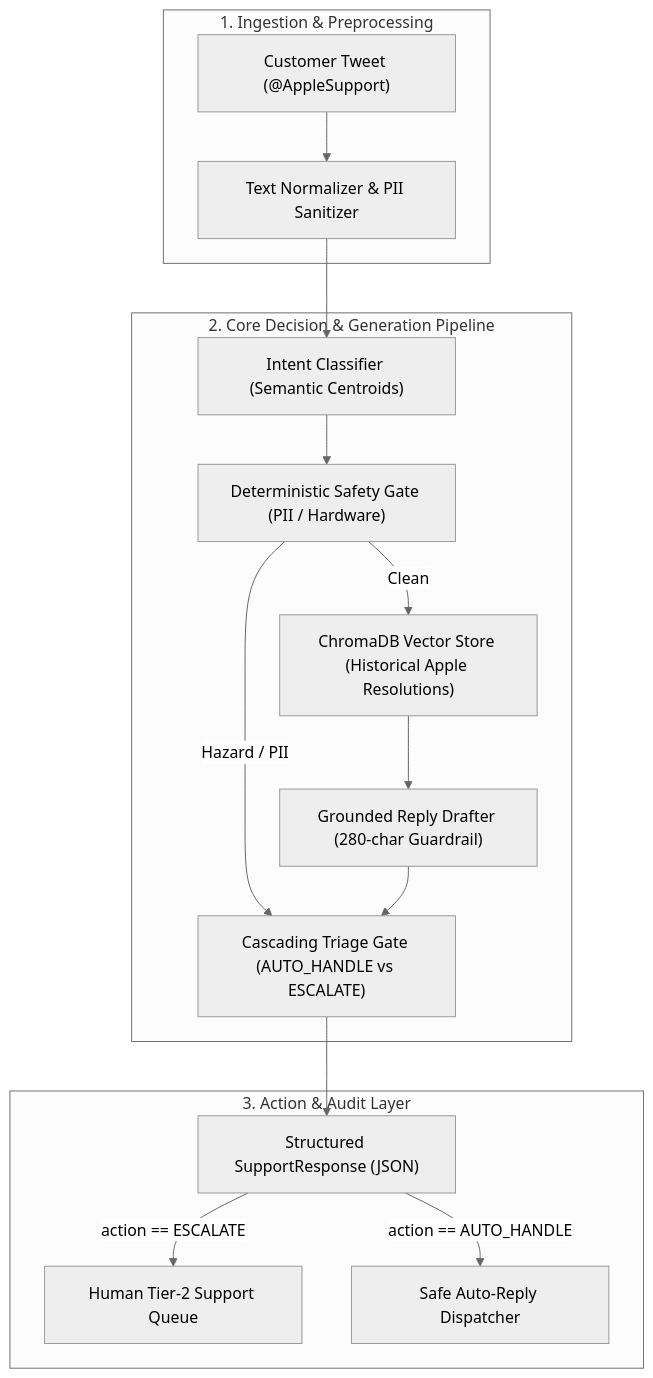
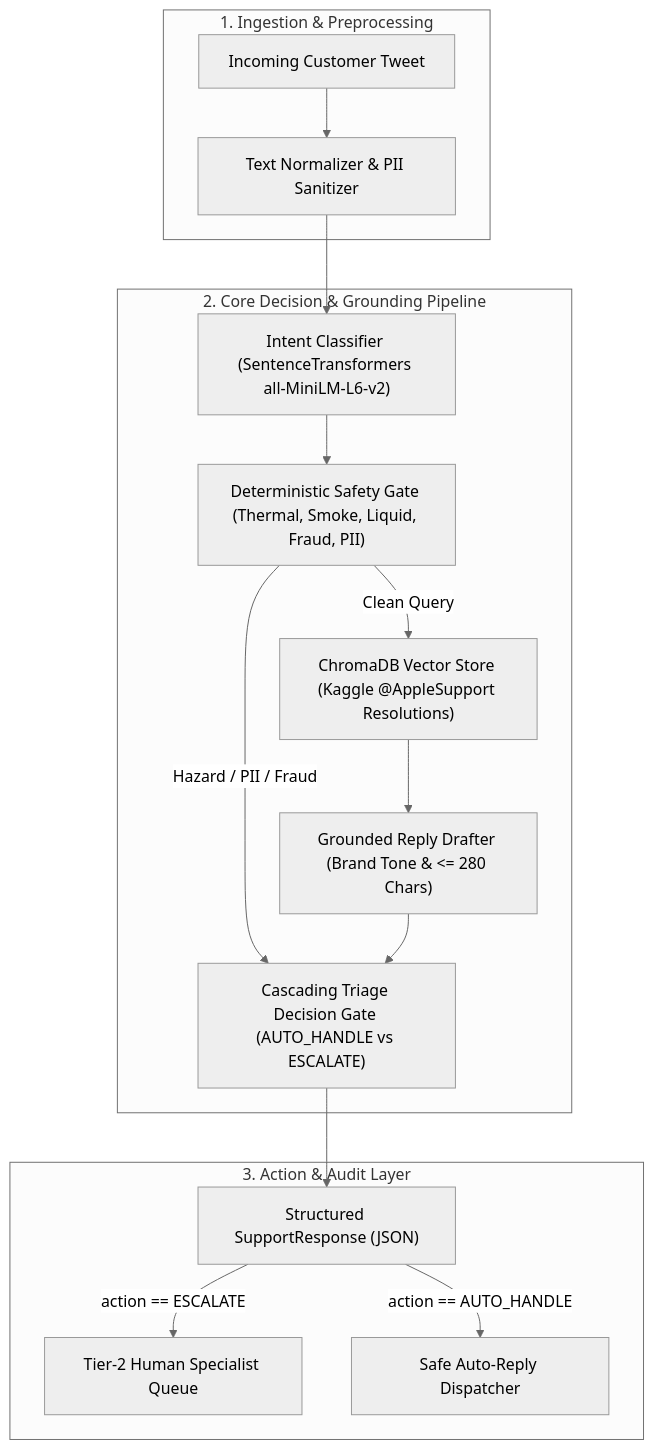
Before and after one commit to nanthitha25/hiver_assignment: the diagram in README.md, drawn with Mermaid (neutral theme). The commit also changed other lines of this file and 11 other files, not shown here.

````diff
--- a/README.md
+++ b/README.md
@@ -76,29 +67,29 @@
 ```mermaid
 flowchart TD
     subgraph Input_Layer["1. Ingestion & Preprocessing"]
-        CT["Customer Tweet (@AppleSupport)"]
+        CT["Incoming Customer Tweet"]
         Pre["Text Normalizer & PII Sanitizer"]
     end
 
-    subgraph Core_Engine["2. Core Decision & Generation Pipeline"]
-        IC["Intent Classifier (Semantic Centroids)"]
-        Safety["Deterministic Safety Gate (PII / Hardware)"]
-        RAG["ChromaDB Vector Store (Historical Apple Resolutions)"]
-        Drafter["Grounded Reply Drafter (280-char Guardrail)"]
-        Triage["Cascading Triage Gate (AUTO_HANDLE vs ESCALATE)"]
+    subgraph Core_Engine["2. Core Decision & Grounding Pipeline"]
+        IC["Intent Classifier (SentenceTransformers all-MiniLM-L6-v2)"]
+        Safety["Deterministic Safety Gate (Thermal, Smoke, Liquid, Fraud, PII)"]
+        RAG["ChromaDB Vector Store (Kaggle @AppleSupport Resolutions)"]
+        Drafter["Grounded Reply Drafter (Brand Tone & <= 280 Chars)"]
+        Triage["Cascading Triage Decision Gate (AUTO_HANDLE vs ESCALATE)"]
     end
 
     subgraph Output_Layer["3. Action & Audit Layer"]
         Result["Structured SupportResponse (JSON)"]
-        HumanQueue["Human Tier-2 Support Queue"]
+        HumanQueue["Tier-2 Human Specialist Queue"]
         AutoReply["Safe Auto-Reply Dispatcher"]
     end
 
     CT --> Pre --> IC
     IC --> Safety
-    Safety -->|Hazard / PII| Triage
-    Safety -->|Clean| RAG --> Drafter --> Triage
+    Safety -->|Hazard / PII / Fraud| Triage
+    Safety -->|Clean Query| RAG --> Drafter --> Triage
     Triage --> Result
     Result -->|action == ESCALATE| HumanQueue
     Result -->|action == AUTO_HANDLE| AutoReply
 ```
````
